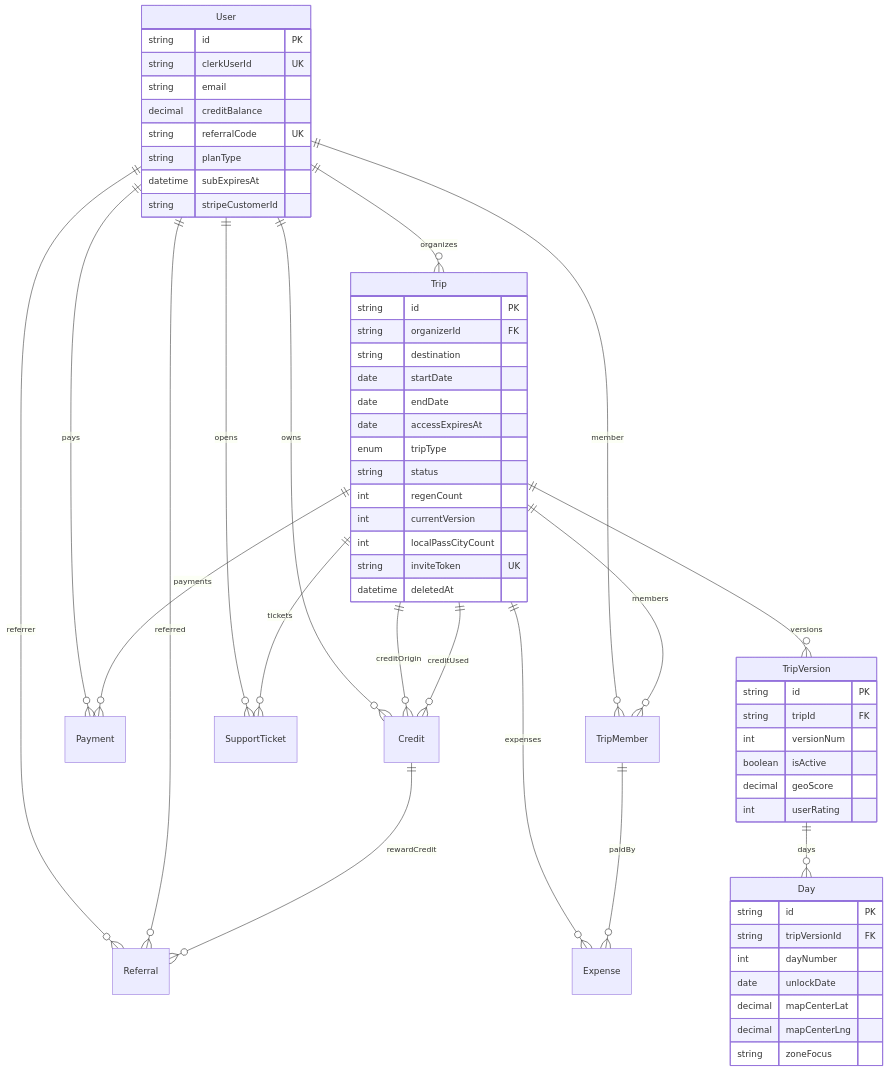
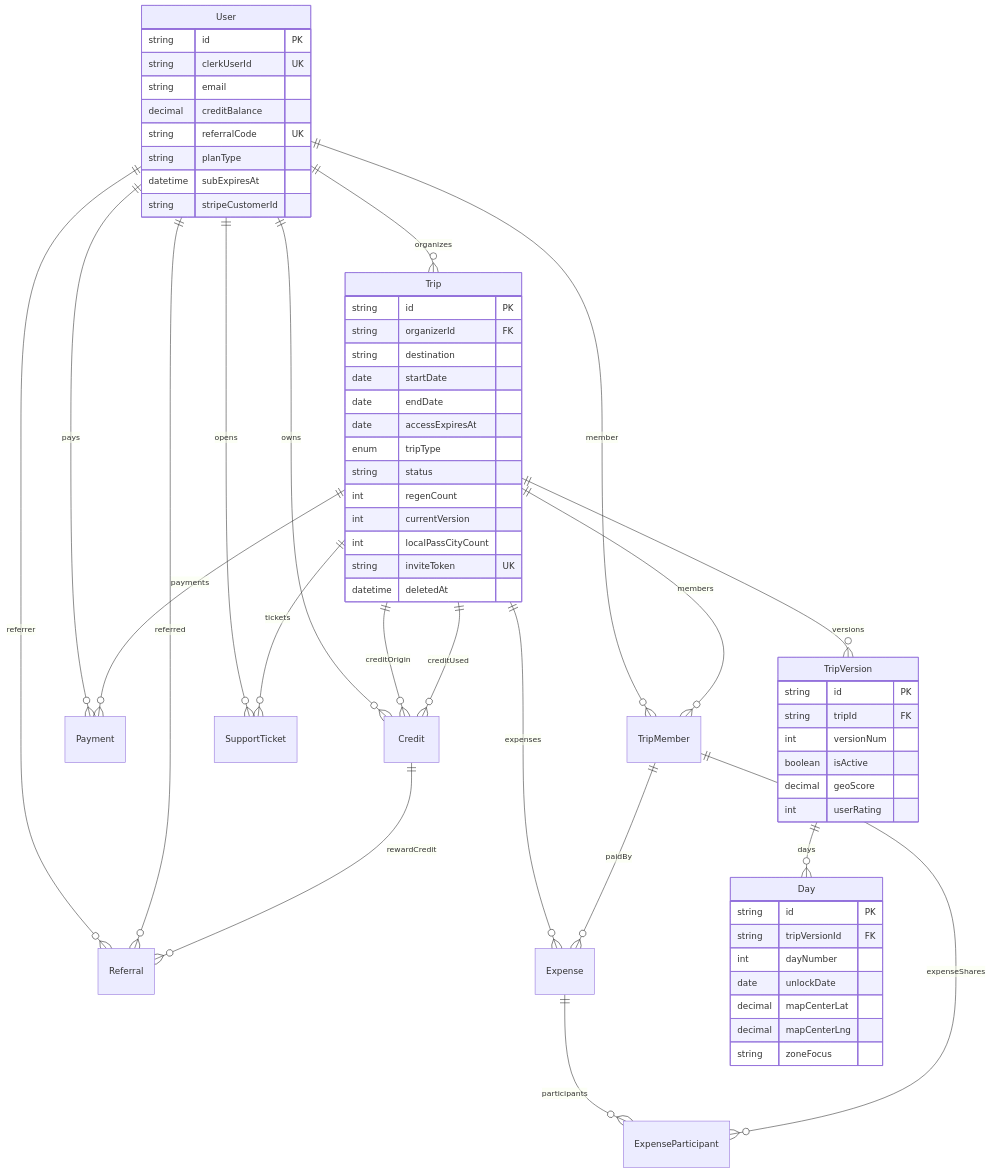
Before and after one commit to tonypis1/EasyTripSaaS: the diagram in easytrip-saas/architecture-docs/03_DATABASE.md, drawn with Mermaid. The commit also changed other lines of this file and 21 other files, not shown here.

````diff
--- a/easytrip-saas/architecture-docs/03_DATABASE.md
+++ b/easytrip-saas/architecture-docs/03_DATABASE.md
@@ -16,70 +16,72 @@
 ```mermaid
 erDiagram
   User ||--o{ Trip : organizes
   User ||--o{ TripMember : member
   User ||--o{ Payment : pays
   User ||--o{ Credit : owns
   User ||--o{ SupportTicket : opens
   User ||--o{ Referral : referrer
   User ||--o{ Referral : referred
 
   Trip ||--o{ TripVersion : versions
   Trip ||--o{ TripMember : members
   Trip ||--o{ Expense : expenses
   Trip ||--o{ Payment : payments
   Trip ||--o{ Credit : creditOrigin
   Trip ||--o{ Credit : creditUsed
   Trip ||--o{ SupportTicket : tickets
 
   TripVersion ||--o{ Day : days
 
   TripMember ||--o{ Expense : paidBy
+  Expense ||--o{ ExpenseParticipant : participants
+  TripMember ||--o{ ExpenseParticipant : expenseShares
 
   Credit ||--o{ Referral : rewardCredit
 
   User {
     string id PK
     string clerkUserId UK
     string email
     decimal creditBalance
     string referralCode UK
     string planType
     datetime subExpiresAt
     string stripeCustomerId
   }
 
   Trip {
     string id PK
     string organizerId FK
     string destination
     date startDate
     date endDate
     date accessExpiresAt
     enum tripType
     string status
     int regenCount
     int currentVersion
     int localPassCityCount
     string inviteToken UK
     datetime deletedAt
   }
 
   TripVersion {
     string id PK
     string tripId FK
     int versionNum
     boolean isActive
     decimal geoScore
     int userRating
   }
 
   Day {
     string id PK
     string tripVersionId FK
     int dayNumber
     date unlockDate
     decimal mapCenterLat
     decimal mapCenterLng
     string zoneFocus
   }
 ```
````
